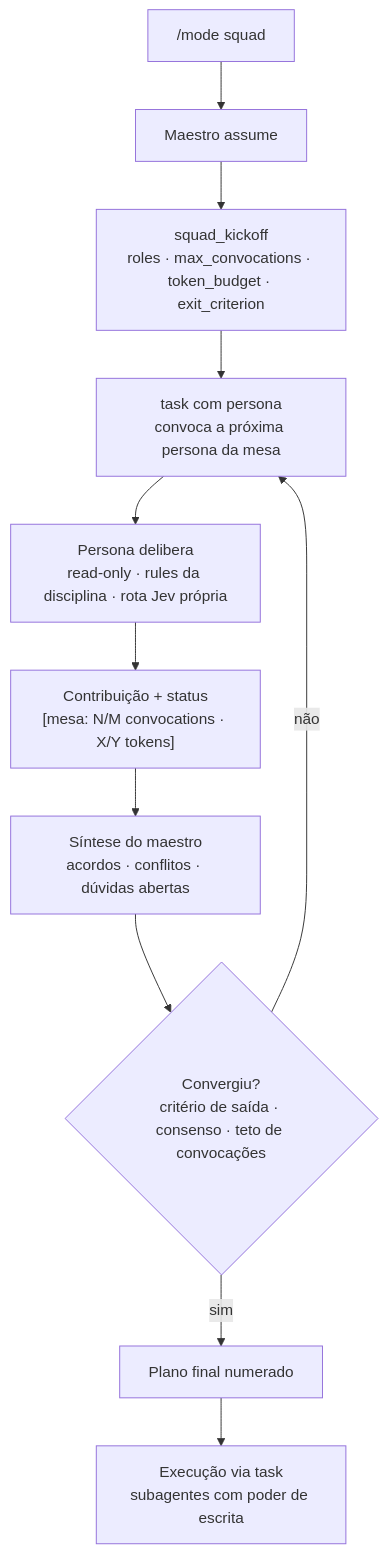
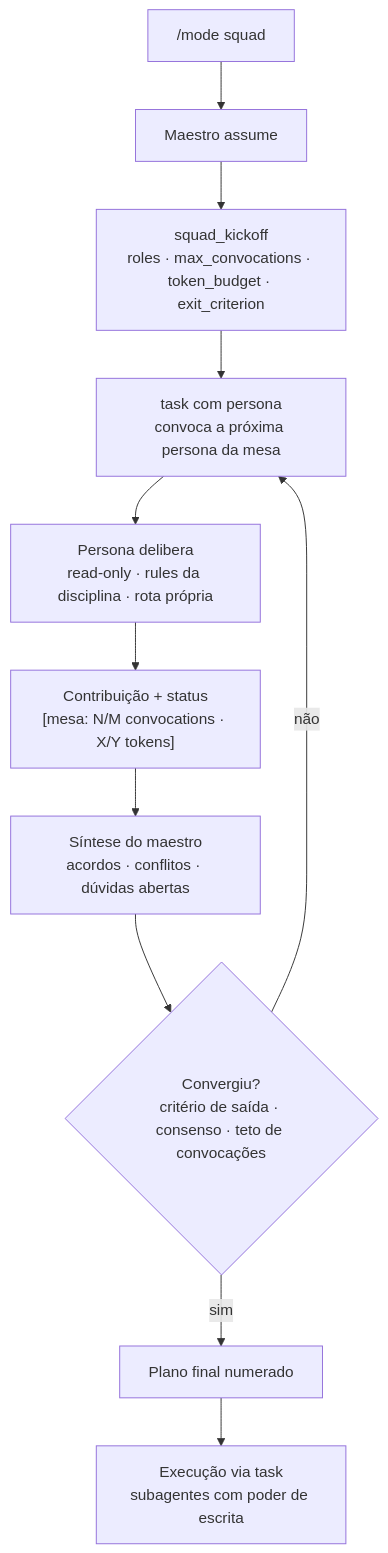
The first of 2 diagrams in README.md (K77-dev/kterminal), drawn with Mermaid before and after one commit. The commit also changed other lines of this file, not shown here.

````diff
--- a/README.md
+++ b/README.md
@@ -78,13 +80,13 @@
 ```mermaid
 flowchart TD
     A["/mode squad"] --> B["Maestro assume"]
     B --> C["squad_kickoff<br>roles · max_convocations · token_budget · exit_criterion"]
     C --> D["task com persona<br>convoca a próxima persona da mesa"]
-    D --> E["Persona delibera<br>read-only · rules da disciplina · rota Jev própria"]
+    D --> E["Persona delibera<br>read-only · rules da disciplina · rota própria"]
     E --> F["Contribuição + status<br>[mesa: N/M convocations · X/Y tokens]"]
     F --> G["Síntese do maestro<br>acordos · conflitos · dúvidas abertas"]
     G --> H{"Convergiu?<br>critério de saída · consenso · teto de convocações"}
     H -- "não" --> D
     H -- "sim" --> I["Plano final numerado"]
     I --> J["Execução via task<br>subagentes com poder de escrita"]
 ```
````
